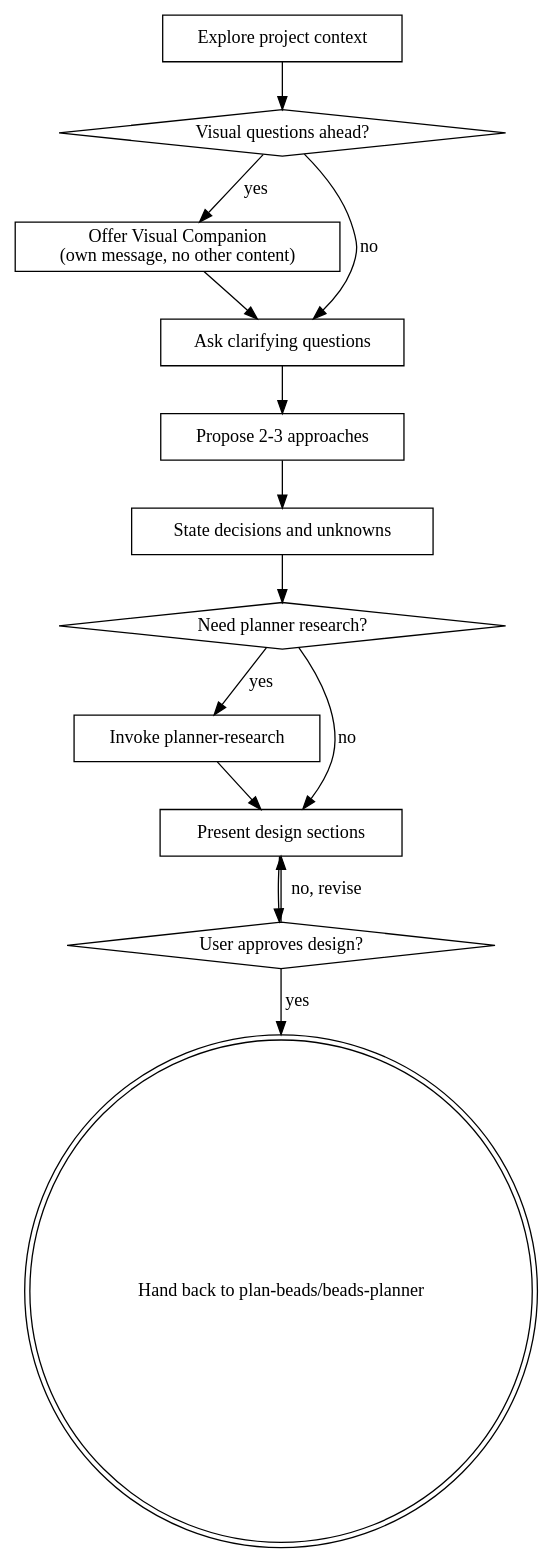
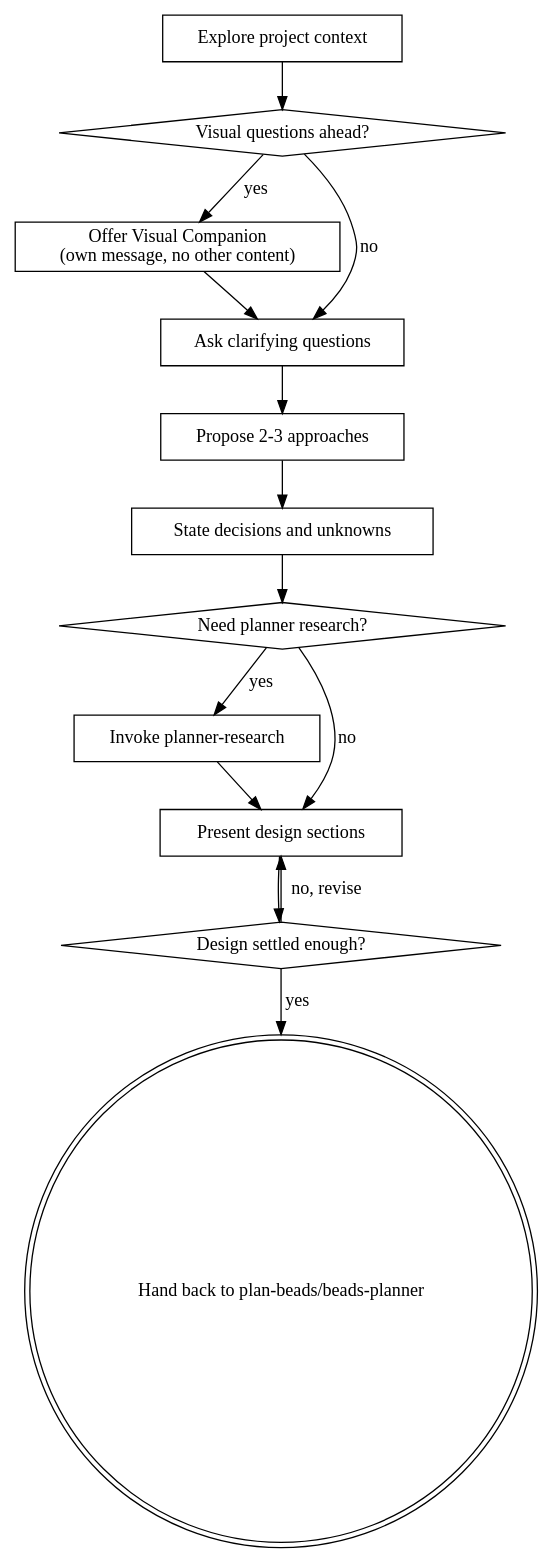
The diagram in skills/brainstorming/SKILL.md (doviettung96/agent-workflow-template), drawn with Graphviz before and after one commit. The commit also changed other lines of this file and 13 other files, not shown here.

````diff
--- a/skills/brainstorming/SKILL.md
+++ b/skills/brainstorming/SKILL.md
@@ -37,29 +37,29 @@
 ```dot
 digraph brainstorming {
     "Explore project context" [shape=box];
     "Visual questions ahead?" [shape=diamond];
     "Offer Visual Companion\n(own message, no other content)" [shape=box];
     "Ask clarifying questions" [shape=box];
     "Propose 2-3 approaches" [shape=box];
     "State decisions and unknowns" [shape=box];
     "Need planner research?" [shape=diamond];
     "Invoke planner-research" [shape=box];
     "Present design sections" [shape=box];
-    "User approves design?" [shape=diamond];
+    "Design settled enough?" [shape=diamond];
     "Hand back to plan-beads/beads-planner" [shape=doublecircle];
 
     "Explore project context" -> "Visual questions ahead?";
     "Visual questions ahead?" -> "Offer Visual Companion\n(own message, no other content)" [label="yes"];
     "Visual questions ahead?" -> "Ask clarifying questions" [label="no"];
     "Offer Visual Companion\n(own message, no other content)" -> "Ask clarifying questions";
     "Ask clarifying questions" -> "Propose 2-3 approaches";
     "Propose 2-3 approaches" -> "State decisions and unknowns";
     "State decisions and unknowns" -> "Need planner research?";
     "Need planner research?" -> "Invoke planner-research" [label="yes"];
     "Need planner research?" -> "Present design sections" [label="no"];
     "Invoke planner-research" -> "Present design sections";
-    "Present design sections" -> "User approves design?";
-    "User approves design?" -> "Present design sections" [label="no, revise"];
-    "User approves design?" -> "Hand back to plan-beads/beads-planner" [label="yes"];
+    "Present design sections" -> "Design settled enough?";
+    "Design settled enough?" -> "Present design sections" [label="no, revise"];
+    "Design settled enough?" -> "Hand back to plan-beads/beads-planner" [label="yes"];
 }
 ```
````
